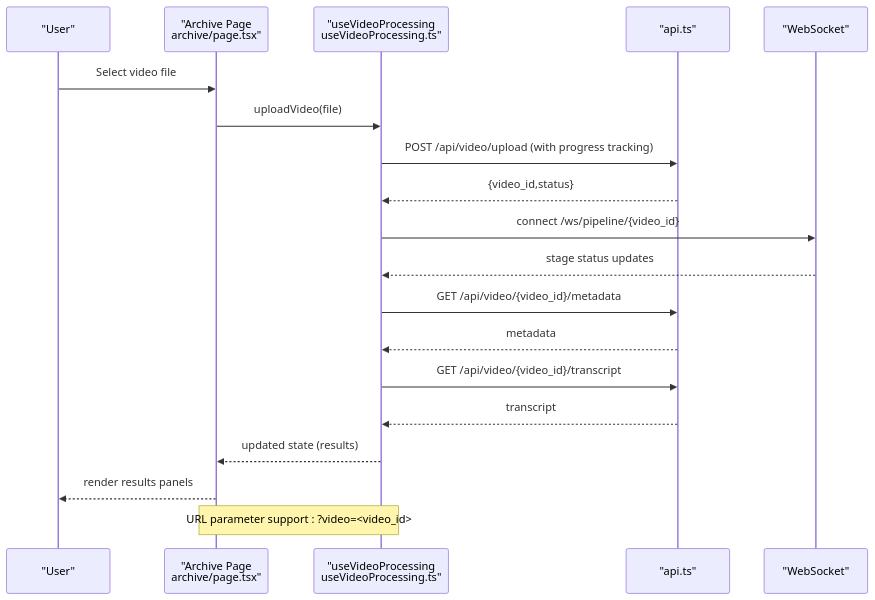
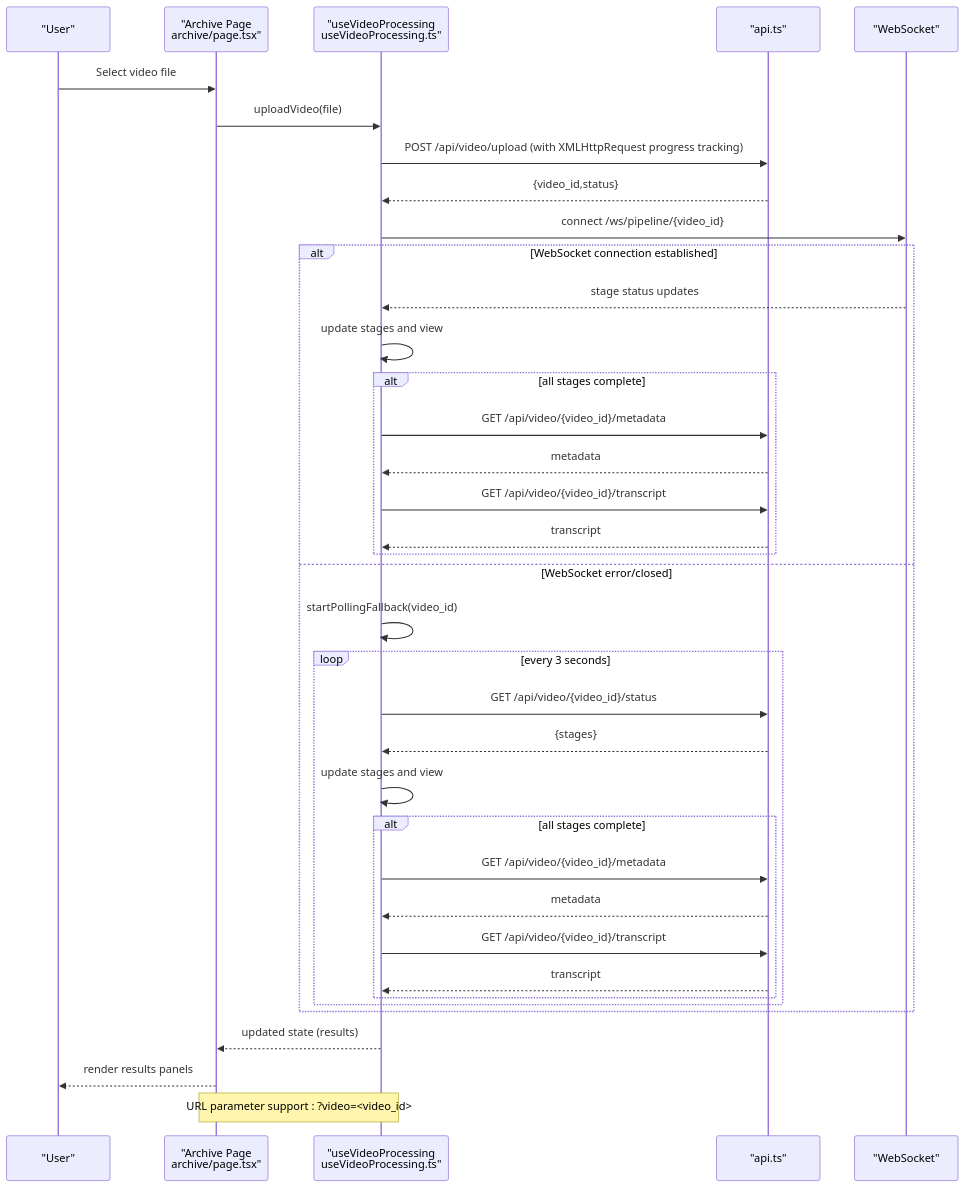
Before and after one commit to alexandreybasta-cyber/dubai-media-ai: the fourth of 10 diagrams in .qoder/repowiki/en/content/Frontend Application/Frontend Application.md, drawn with Mermaid. The commit also changed other lines of this file and 20 other files, not shown here.

````diff
--- a/.qoder/repowiki/en/content/Frontend Application/Frontend Application.md
+++ b/.qoder/repowiki/en/content/Frontend Application/Frontend Application.md
@@ -236,21 +246,39 @@
 ```mermaid
 sequenceDiagram
 participant U as "User"
 participant AU as "Archive Page<br/>archive/page.tsx"
 participant VP as "useVideoProcessing<br/>useVideoProcessing.ts"
 participant API as "api.ts"
 participant WS as "WebSocket"
 U->>AU : Select video file
 AU->>VP : uploadVideo(file)
-VP->>API : POST /api/video/upload (with progress tracking)
+VP->>API : POST /api/video/upload (with XMLHttpRequest progress tracking)
 API-->>VP : {video_id,status}
 VP->>WS : connect /ws/pipeline/{video_id}
+alt WebSocket connection established
 WS-->>VP : stage status updates
+VP->>VP : update stages and view
+alt all stages complete
 VP->>API : GET /api/video/{video_id}/metadata
 API-->>VP : metadata
 VP->>API : GET /api/video/{video_id}/transcript
 API-->>VP : transcript
+end
+else WebSocket error/closed
+VP->>VP : startPollingFallback(video_id)
+loop every 3 seconds
+VP->>API : GET /api/video/{video_id}/status
+API-->>VP : {stages}
+VP->>VP : update stages and view
+alt all stages complete
+VP->>API : GET /api/video/{video_id}/metadata
+API-->>VP : metadata
+VP->>API : GET /api/video/{video_id}/transcript
+API-->>VP : transcript
+end
+end
+end
 VP-->>AU : updated state (results)
 AU-->>U : render results panels
 Note over AU,VP : URL parameter support : ?video=<video_id>
 ```
````
